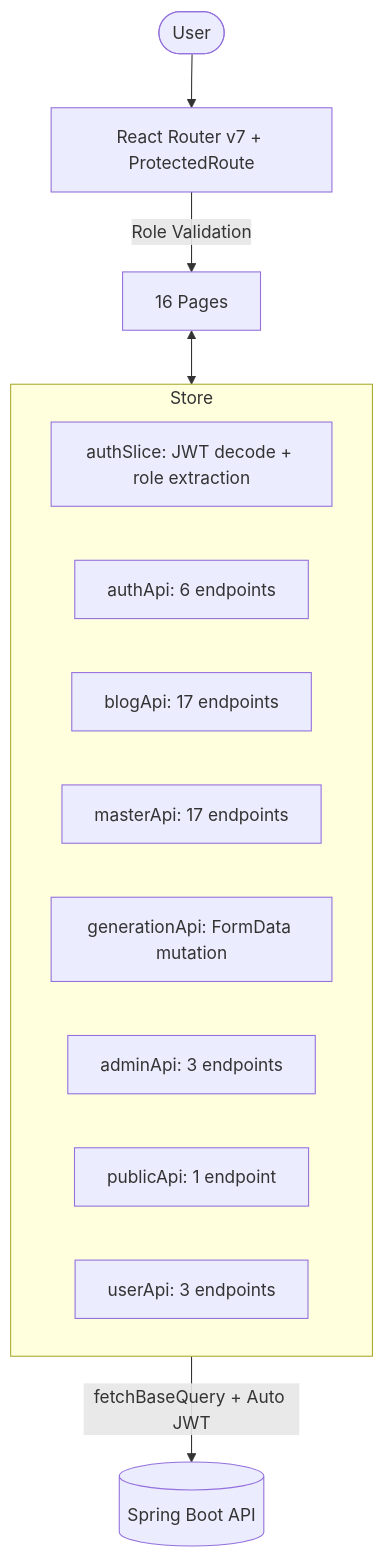
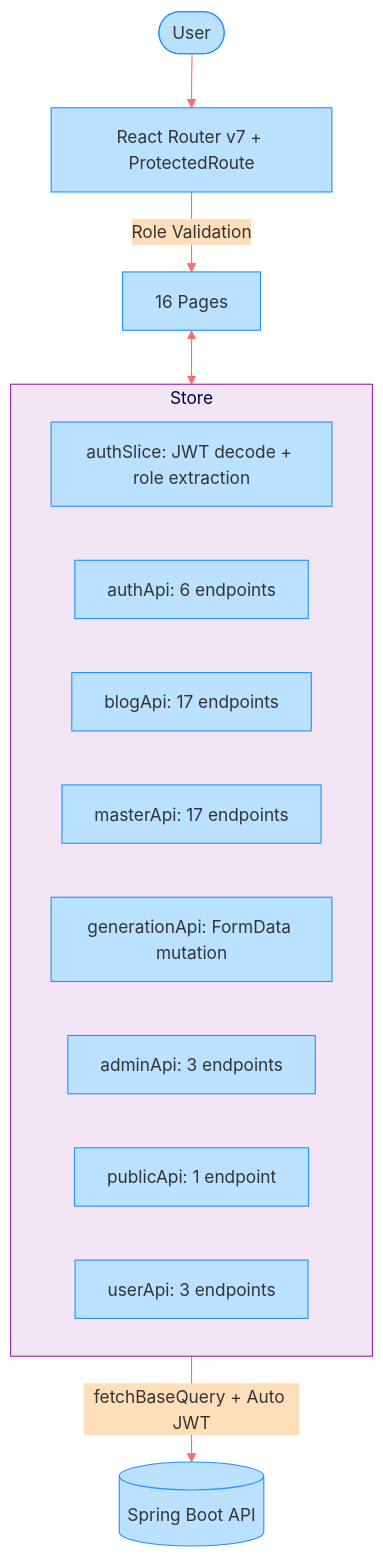
Before and after one commit to amanshukla2004/Agentic_blog_generation_Saas: the diagram in frontend/README.md, drawn with Mermaid. The commit also changed 4 other files, not shown here.

Commit message:
docs: add comprehensive architecture documentation and Mermaid diagrams to project and sub-service READMEs

````diff
--- a/frontend/README.md
+++ b/frontend/README.md
@@ -11,19 +11,20 @@
 ```mermaid
+%%{init: {'theme': 'base', 'themeVariables': { 'primaryColor': '#ffb3ba', 'secondaryColor': '#ffdfba', 'tertiaryColor': '#ffffba', 'mainBkg': '#bae1ff', 'nodeBorder': '#1e90ff', 'clusterBkg': '#f3e5f5', 'clusterBorder': '#8e24aa', 'lineColor': '#ff6b6b'}}}%%
 flowchart TD
     User([User]) --> Router[React Router v7 + ProtectedRoute]
     Router -->|Role Validation| Views[16 Pages]
     Views <--> Store[Redux Store]
     
     subgraph Store
         Auth[authSlice: JWT decode + role extraction]
         API1[authApi: 6 endpoints]
         API2[blogApi: 17 endpoints]
         API3[masterApi: 17 endpoints]
         API4[generationApi: FormData mutation]
         API5[adminApi: 3 endpoints]
         API6[publicApi: 1 endpoint]
         API7[userApi: 3 endpoints]
     end
     
     Store -->|fetchBaseQuery + Auto JWT| Gateway[(Spring Boot API)]
 ```
````
